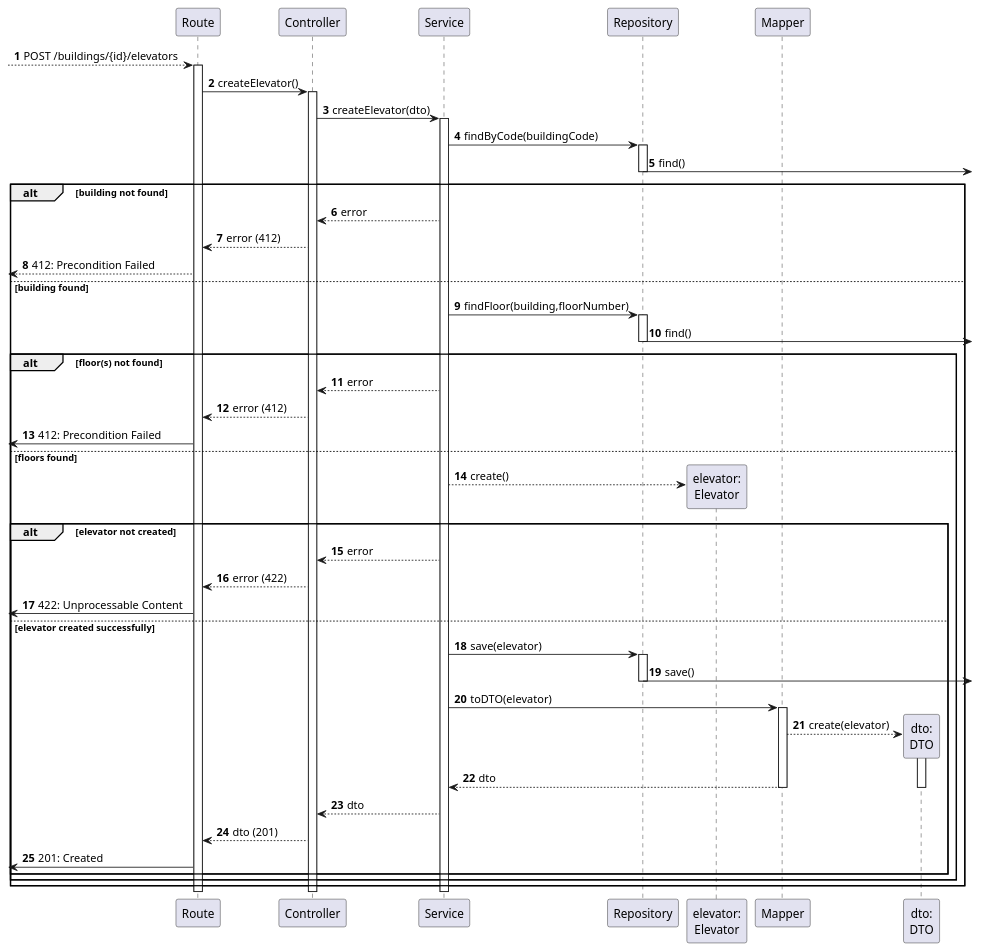
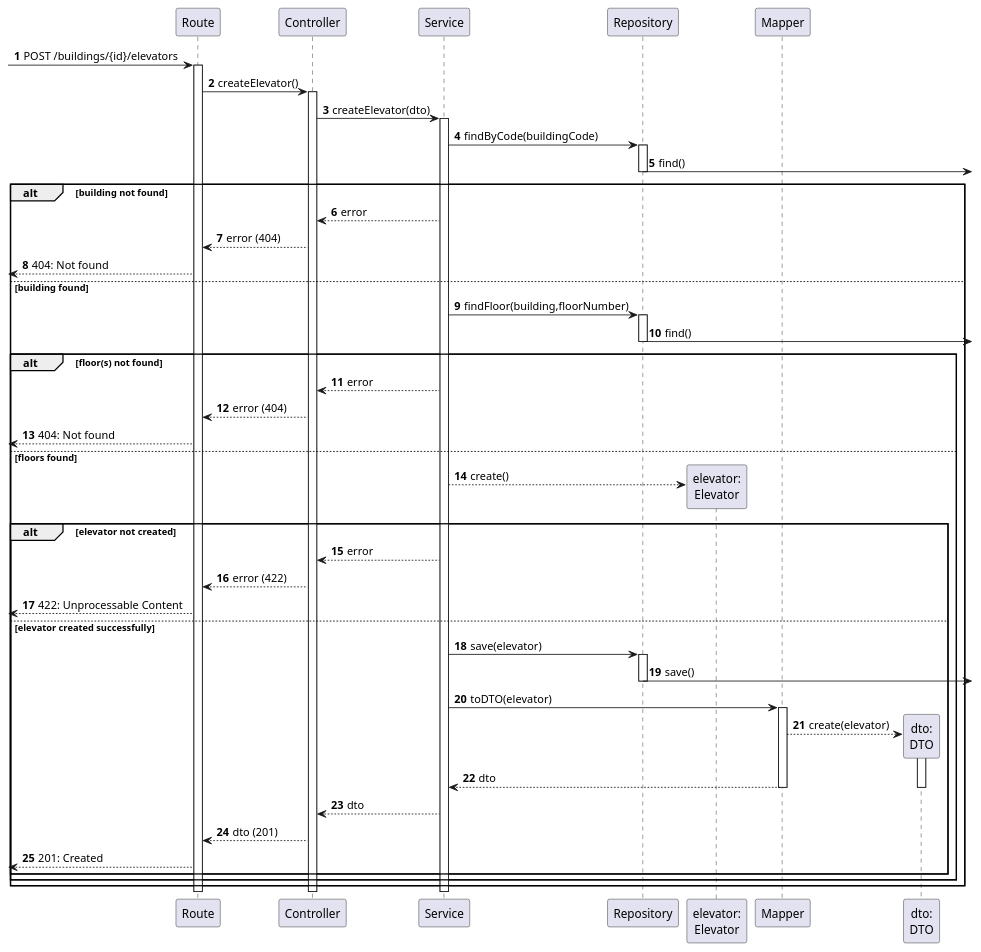
Before and after one commit to Departamento-de-Engenharia-Informatica/lapr5-23-24-g19: the diagram in docs/us270/level3/process-view.puml, drawn with PlantUML. The commit also changed 51 other files, not shown here.

Commit message:
docs(us270,280,290,310,350,380): updated response code "404: Not found"

```diff
--- a/docs/us270/level3/process-view.puml
+++ b/docs/us270/level3/process-view.puml
@@ -1,77 +1,77 @@
 @startuml
 autonumber
 
 participant "Route" as r
 participant "Controller" as ctrl
 participant "Service" as svc
 participant "Repository" as repo
 
 participant "elevator:\nElevator" as elevator
 participant "Mapper" as map
 participant "dto:\nDTO" as dto
 
 
-[--> r : POST /buildings/{id}/elevators
+[-> r : POST /buildings/{id}/elevators
 activate r
 
     r -> ctrl : createElevator()
     activate ctrl
 
         ctrl -> svc : createElevator(dto)
         activate svc
 
             svc -> repo : findByCode(buildingCode)
             activate repo
                 repo ->] : find()
             deactivate repo
 
             alt building not found
                 svc --> ctrl : error
-                ctrl --> r : error (412)
-                [<-- r : 412: Precondition Failed
+                ctrl --> r : error (404)
+                [<-- r : 404: Not found
             else building found
 
                 svc -> repo: findFloor(building,floorNumber)
                 activate repo
                     repo ->] : find()
                 deactivate repo
 
                 alt floor(s) not found
                     svc --> ctrl : error
-                    ctrl --> r : error (412)
-                    [<- r : 412: Precondition Failed
+                    ctrl --> r : error (404)
+                    [<-- r : 404: Not found
                 else floors found
                     svc --> elevator **: create()
 
                     ' activate elevator
                     ' deactivate elevator
 
                     alt elevator not created
                         svc --> ctrl : error
                         ctrl --> r : error (422)
-                        [<- r : 422: Unprocessable Content
+                        [<-- r : 422: Unprocessable Content
                     else elevator created successfully
                         svc -> repo : save(elevator)
                         activate repo
                             repo ->] : save()
                         deactivate repo
 
                         svc -> map : toDTO(elevator)
                         activate map
                             map --> dto** : create(elevator)
                             activate dto
                                 map --> svc : dto
                             deactivate dto
                         deactivate map
 
                         svc --> ctrl : dto
                         ctrl --> r : dto (201)
-                        [<- r : 201: Created
+                        [<-- r : 201: Created
                     end
                 end
             end
         deactivate svc
     deactivate ctrl
 deactivate r
 
 @enduml
```
